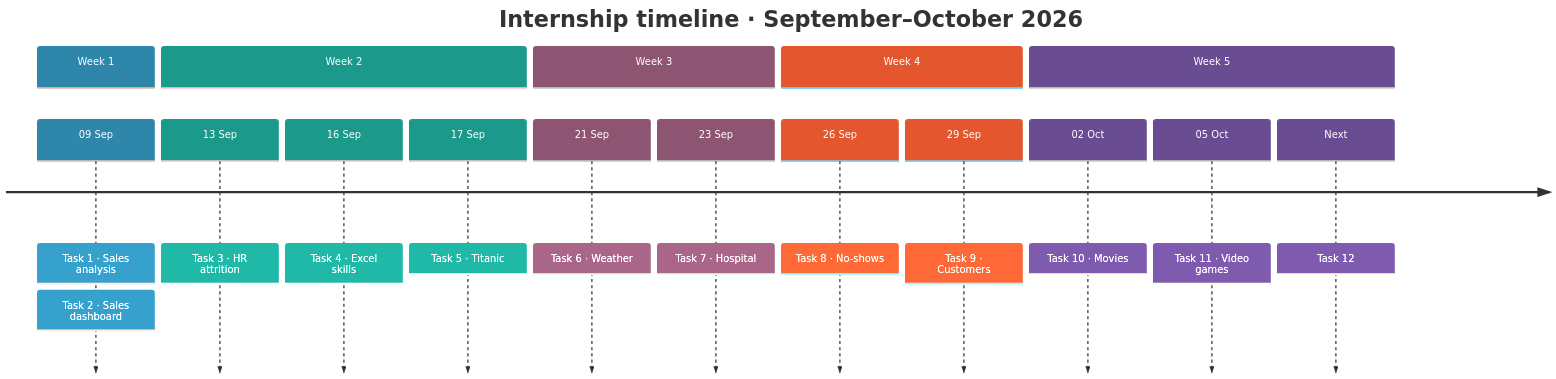
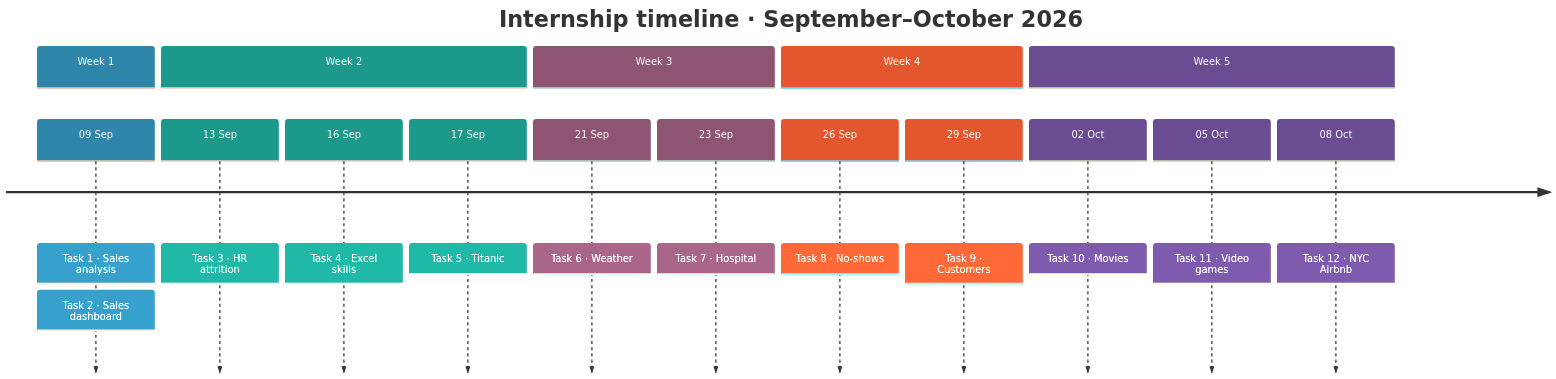
Before and after one commit to Nahla-Nabil/data-analyst-tasks: the first of 2 diagrams in README.md, drawn with Mermaid. The commit also changed other lines of this file and 37 other files, not shown here.

Commit message:
Task 12: NYC Airbnb final project - cleaning, analysis, HTML + Excel + Power BI dashboards and final report; add Task 12 to the README (12/12)

````diff
--- a/README.md
+++ b/README.md
@@ -60,21 +60,21 @@
 ```mermaid
 %%{init: {'theme':'base','themeVariables':{'cScale0':'#2E86AB','cScale1':'#1B998B','cScale2':'#8E5572','cScale3':'#E4572E','cScale4':'#6A4C93','cScaleLabel0':'#ffffff','cScaleLabel1':'#ffffff','cScaleLabel2':'#ffffff','cScaleLabel3':'#ffffff','cScaleLabel4':'#ffffff'}}}%%
 timeline
     title Internship timeline · September–October 2026
     section Week 1
         09 Sep : Task 1 · Sales analysis : Task 2 · Sales dashboard
     section Week 2
         13 Sep : Task 3 · HR attrition
         16 Sep : Task 4 · Excel skills
         17 Sep : Task 5 · Titanic
     section Week 3
         21 Sep : Task 6 · Weather
         23 Sep : Task 7 · Hospital
     section Week 4
         26 Sep : Task 8 · No-shows
         29 Sep : Task 9 · Customers
     section Week 5
         02 Oct : Task 10 · Movies
         05 Oct : Task 11 · Video games
-        Next : Task 12
+        08 Oct : Task 12 · NYC Airbnb
 ```
````
